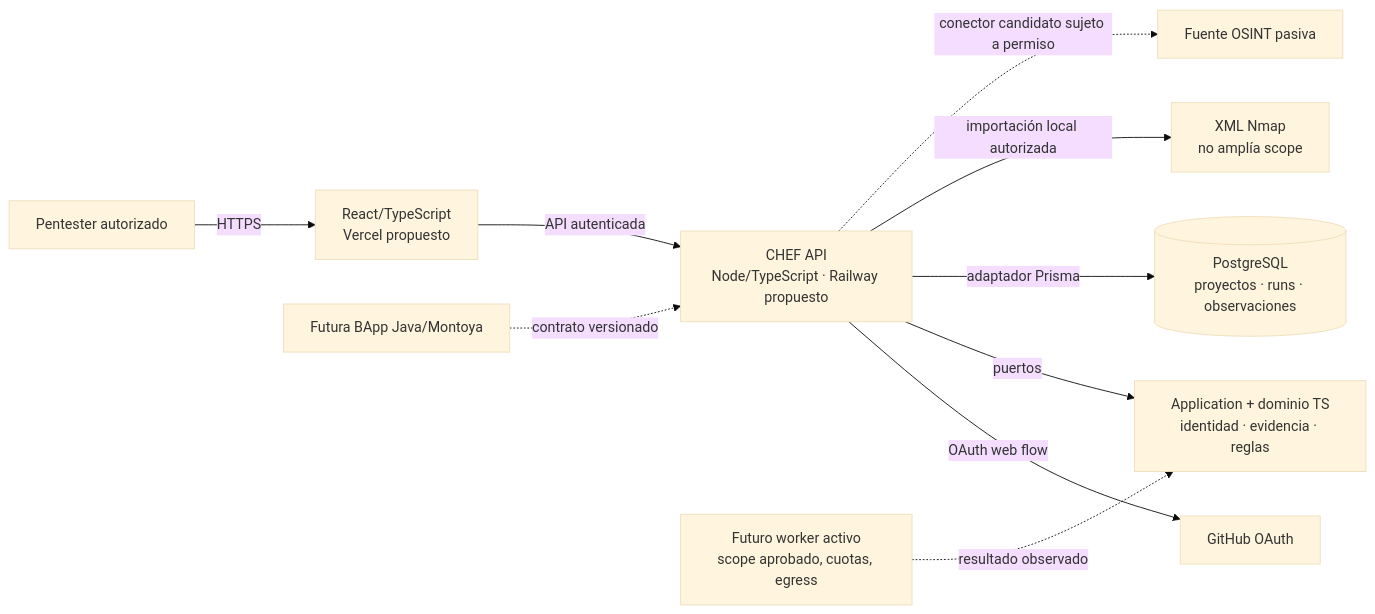
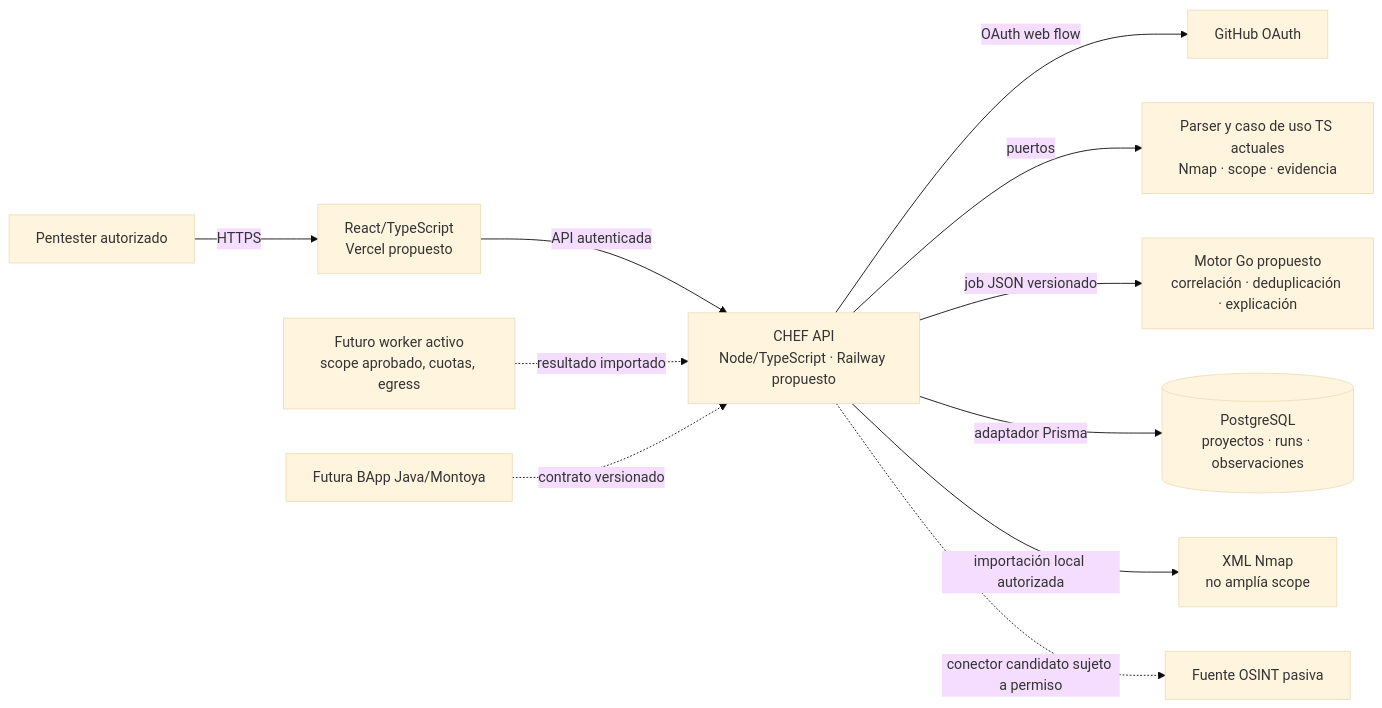
Before and after one commit to CyberStill-GmbH/CHEF: the first of 3 diagrams in docs/architecture/proposed-web.md, drawn with Mermaid (base theme). The commit also changed other lines of this file and 26 other files, not shown here.

First line of the commit message:
docs(architecture): define Node-Go boundary and OSINT priorities

````diff
--- a/docs/architecture/proposed-web.md
+++ b/docs/architecture/proposed-web.md
@@ -7,12 +7,13 @@
 ```mermaid
 flowchart LR
   Analyst["Pentester autorizado"] -->|HTTPS| Web["React/TypeScript<br/>Vercel propuesto"]
   Web -->|API autenticada| API["CHEF API<br/>Node/TypeScript · Railway propuesto"]
   API -->|OAuth web flow| GitHub["GitHub OAuth"]
-  API -->|puertos| Core["Application + dominio TS<br/>identidad · evidencia · reglas"]
+  API -->|puertos| Import["Parser y caso de uso TS actuales<br/>Nmap · scope · evidencia"]
+  API -->|job JSON versionado| Go["Motor Go propuesto<br/>correlación · deduplicación · explicación"]
   API -->|adaptador Prisma| PG[("PostgreSQL<br/>proyectos · runs · observaciones")]
   API -->|importación local autorizada| Nmap["XML Nmap<br/>no amplía scope"]
   API -.->|conector candidato sujeto a permiso| Passive["Fuente OSINT pasiva"]
-  Future["Futuro worker activo<br/>scope aprobado, cuotas, egress"] -.->|resultado observado| Core
+  Future["Futuro worker activo<br/>scope aprobado, cuotas, egress"] -.->|resultado importado| API
   Burp["Futura BApp Java/Montoya"] -.->|contrato versionado| API
 ```
````
